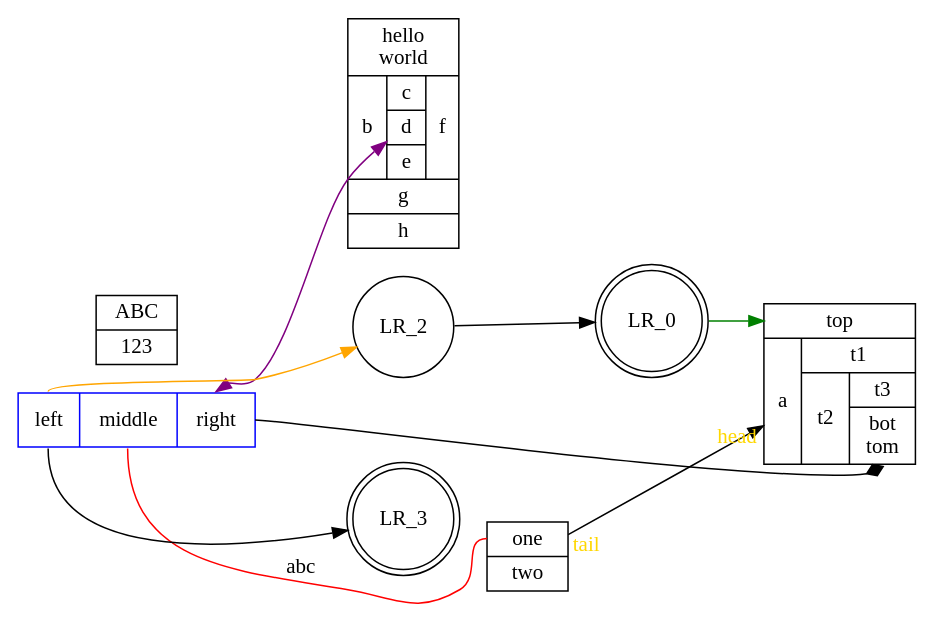
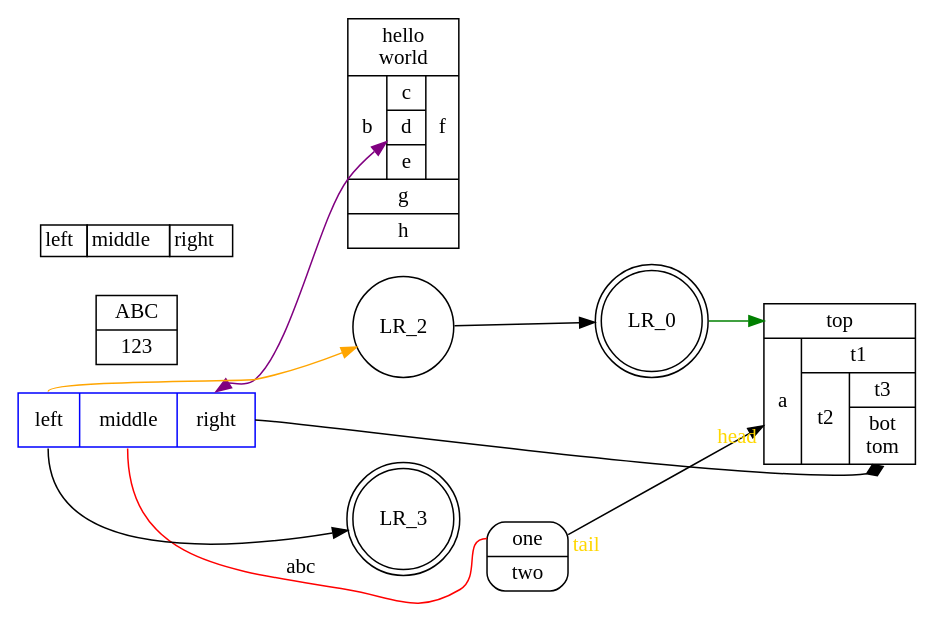
The diagram in basic-docs/structs_revisited.gv (MrAtaraxia/LoveLetter), drawn with Graphviz before and after one commit. The commit also changed 3 other files, not shown here.

```diff
--- a/basic-docs/structs_revisited.gv
+++ b/basic-docs/structs_revisited.gv
@@ -1,22 +1,31 @@
 digraph structs {
 	rankdir=LR size="8,5"
 	node [shape=record]
-	struct2 [label="<f0> one|<f1> two"]
+	struct2 [label="<f0> one|<f1> two" border=0 style=rounded]
 	struct4 [label="<top>top|{a| {t1|{t2|{t3|<f1>bot\ntom}}}}"]
 	struct3 [label="hello\nworld |{ b |{c|<here> d|e}| f}| g | h"]
 	struct1 [label="{<f0> left|<f1> middle|<f2> right}" color=Blue]
 	struct1:f1 -> struct2:f0 [label=abc color=Red dir=none]
 	struct1:f2 -> struct3:here [color=Purple concentrate=true dir=both]
 	struct1:f2 -> struct4:f1 [arrowhead=diamond]
 	struct2 -> struct4 [fontcolor=Gold headlabel=head taillabel=tail]
 	node [shape=doublecircle]
 	LR_0
 	LR_3
 	node [shape=circle]
 	struct1:f0 -> LR_2 [color=Orange]
 	struct1:f0 -> LR_3
 	LR_2 -> LR_0
 	LR_0 -> struct4:top [color=Green]
 	node [shape=record]
 	struct5 [label="<f0> ABC|<f1> 123"]
+	node [shape=plaintext]
+	struct6 [label=<
+    <TABLE BORDER="0" CELLSPACING="0">
+      <TR>
+        <TD BORDER="1">left</TD>
+        <TD PORT="f1" BORDER="1">middle</TD>
+        <TD PORT="f2" BORDER="1">right</TD>
+      </TR>
+    </TABLE>>]
 }
```
